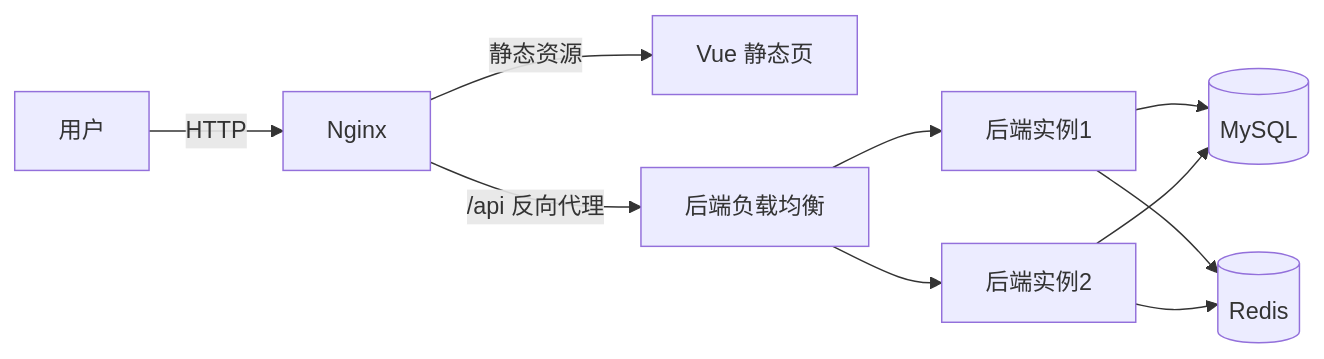
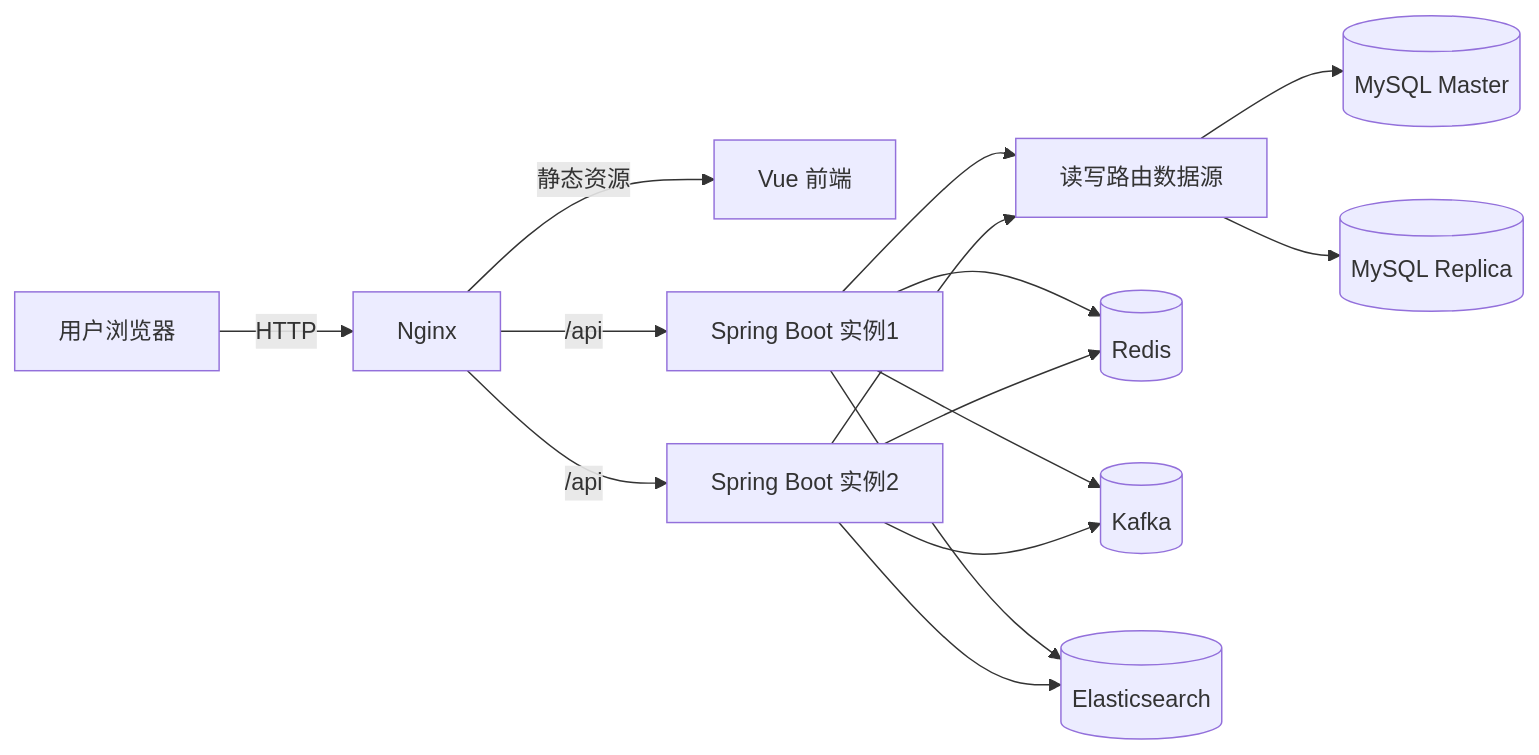
Before and after one commit to charon2040/Distributed-System: the diagram in README.md, drawn with Mermaid. The commit also changed other lines of this file, not shown here.

````diff
--- a/README.md
+++ b/README.md
@@ -7,12 +9,17 @@
 ```mermaid
 flowchart LR
-  U[用户] -->|HTTP| N[Nginx]
-  N -->|静态资源| FE[Vue 静态页]
-  N -->|/api 反向代理| LB[后端负载均衡]
-  LB --> B1[后端实例1]
-  LB --> B2[后端实例2]
-  B1 --> DB[(MySQL)]
-  B2 --> DB
+  U[用户浏览器] -->|HTTP| N[Nginx]
+  N -->|静态资源| FE[Vue 前端]
+  N -->|/api| B1[Spring Boot 实例1]
+  N -->|/api| B2[Spring Boot 实例2]
+  B1 --> RW[读写路由数据源]
+  B2 --> RW
+  RW --> M[(MySQL Master)]
+  RW --> S[(MySQL Replica)]
   B1 --> R[(Redis)]
   B2 --> R
+  B1 --> K[(Kafka)]
+  B2 --> K
+  B1 --> ES[(Elasticsearch)]
+  B2 --> ES
 ```
````
